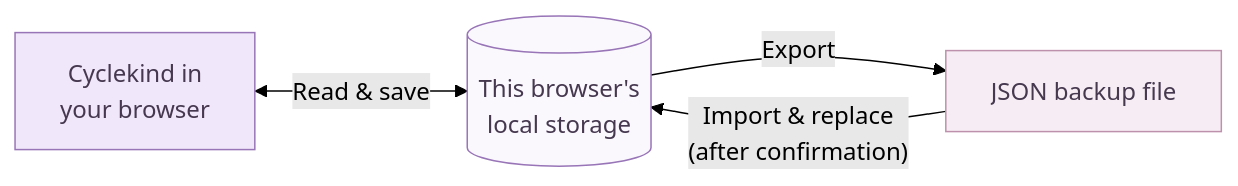
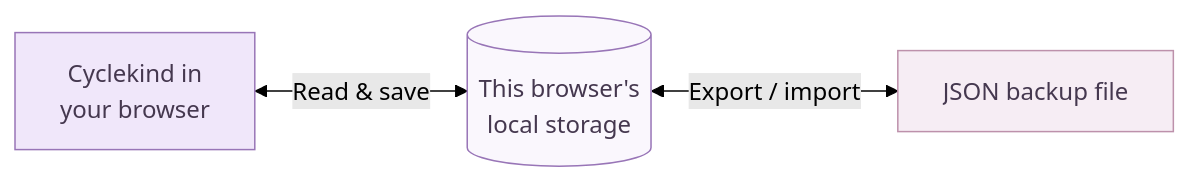
The diagram in README.md (ChrystalFSC/cyberkind), drawn with Mermaid (forest theme) before and after one commit. The commit also changed other lines of this file, not shown here.

Commit message:
Simplify storage diagram labels

````diff
--- a/README.md
+++ b/README.md
@@ -80,10 +80,9 @@
 ```mermaid
 flowchart LR
     app["Cyclekind in<br/>your browser"] <-->|Read & save| store[("This browser's<br/>local storage")]
-    store -->|Export| backup["JSON backup file"]
-    backup -->|"Import & replace<br/>(after confirmation)"| store
+    store <-->|Export / import| backup["JSON backup file"]
 
     style app fill:#f0e7fa,stroke:#9875b7,color:#45384f
     style store fill:#faf7fd,stroke:#9875b7,color:#45384f
     style backup fill:#f6edf4,stroke:#bd91ab,color:#45384f
 ```
````
